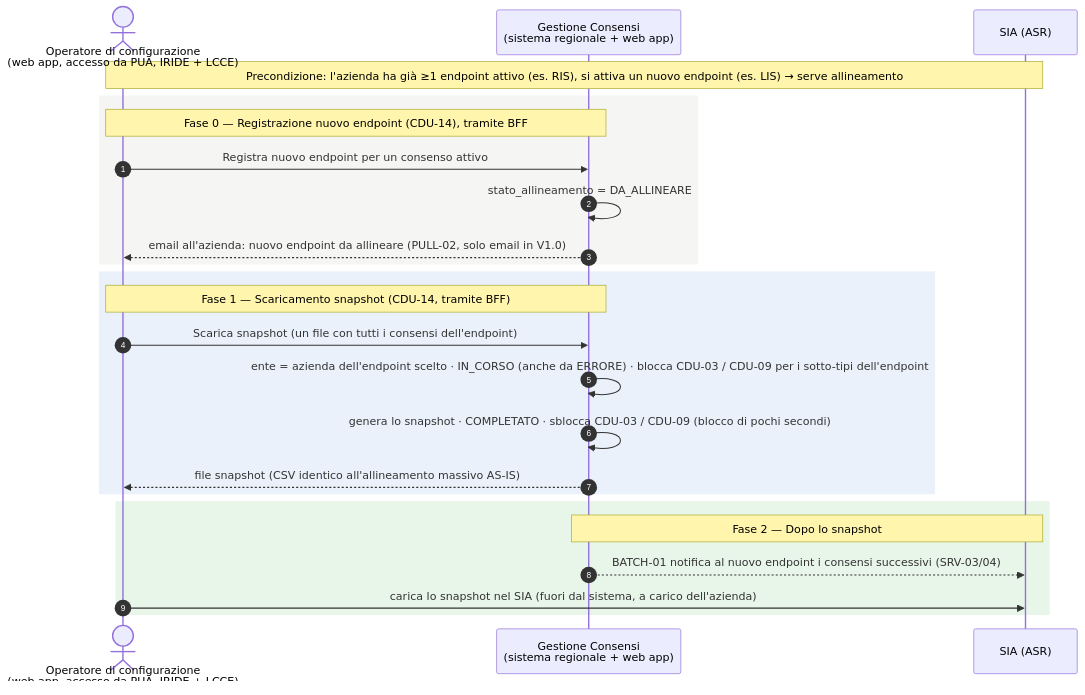
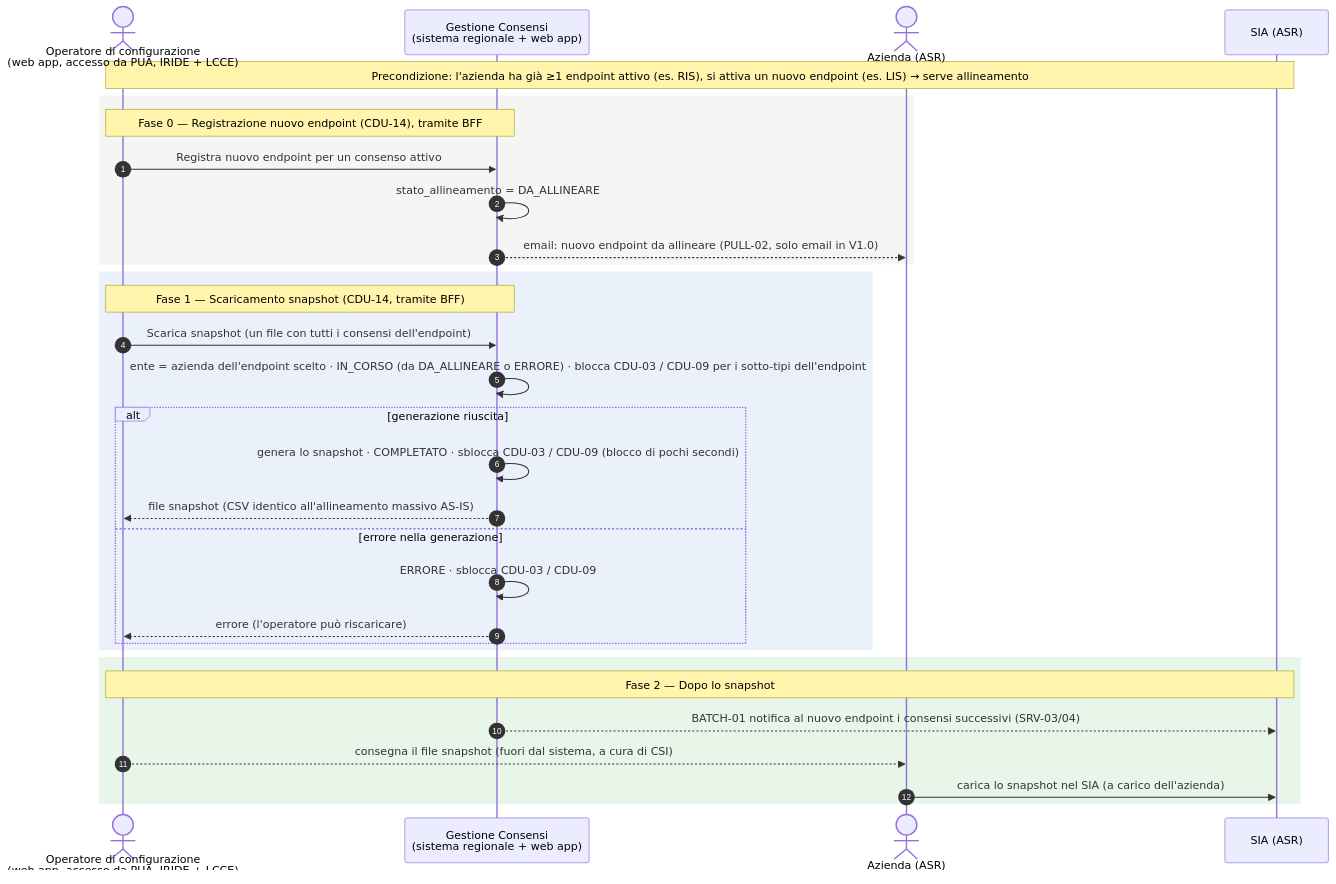
The first of 2 diagrams in src/site/notes/CDU-17_diagramma-sequenza.md (caccu/srs_cons_git_exprivia), drawn with Mermaid before and after one commit. The commit also changed other lines of this file and 4 other files, not shown here.

````diff
--- a/src/site/notes/CDU-17_diagramma-sequenza.md
+++ b/src/site/notes/CDU-17_diagramma-sequenza.md
@@ -24,30 +47,37 @@
 ```mermaid
 sequenceDiagram
     autonumber
     actor OP as Operatore di configurazione<br/>(web app, accesso da PUA, IRIDE + LCCE)
     participant GC as Gestione Consensi<br/>(sistema regionale + web app)
+    actor AZ as Azienda (ASR)
     participant SIA as SIA (ASR)
 
     Note over OP,SIA: Precondizione: l'azienda ha già ≥1 endpoint attivo (es. RIS), si attiva un nuovo endpoint (es. LIS) → serve allineamento
 
     rect rgb(245,245,243)
     Note over OP,GC: Fase 0 — Registrazione nuovo endpoint (CDU-14), tramite BFF
     OP->>GC: Registra nuovo endpoint per un consenso attivo
     GC->>GC: stato_allineamento = DA_ALLINEARE
-    GC-->>OP: email all'azienda: nuovo endpoint da allineare (PULL-02, solo email in V1.0)
+    GC-->>AZ: email: nuovo endpoint da allineare (PULL-02, solo email in V1.0)
     end
 
     rect rgb(234,241,251)
     Note over OP,GC: Fase 1 — Scaricamento snapshot (CDU-14, tramite BFF)
     OP->>GC: Scarica snapshot (un file con tutti i consensi dell'endpoint)
-    GC->>GC: ente = azienda dell'endpoint scelto · IN_CORSO (anche da ERRORE) · blocca CDU-03 / CDU-09 per i sotto-tipi dell'endpoint
-    GC->>GC: genera lo snapshot · COMPLETATO · sblocca CDU-03 / CDU-09 (blocco di pochi secondi)
-    GC-->>OP: file snapshot (CSV identico all'allineamento massivo AS-IS)
+    GC->>GC: ente = azienda dell'endpoint scelto · IN_CORSO (da DA_ALLINEARE o ERRORE) · blocca CDU-03 / CDU-09 per i sotto-tipi dell'endpoint
+    alt generazione riuscita
+        GC->>GC: genera lo snapshot · COMPLETATO · sblocca CDU-03 / CDU-09 (blocco di pochi secondi)
+        GC-->>OP: file snapshot (CSV identico all'allineamento massivo AS-IS)
+    else errore nella generazione
+        GC->>GC: ERRORE · sblocca CDU-03 / CDU-09
+        GC-->>OP: errore (l'operatore può riscaricare)
+    end
     end
 
     rect rgb(232,245,233)
-    Note over GC,SIA: Fase 2 — Dopo lo snapshot
+    Note over OP,SIA: Fase 2 — Dopo lo snapshot
     GC-->>SIA: BATCH-01 notifica al nuovo endpoint i consensi successivi (SRV-03/04)
-    OP->>SIA: carica lo snapshot nel SIA (fuori dal sistema, a carico dell'azienda)
+    OP-->>AZ: consegna il file snapshot (fuori dal sistema, a cura di CSI)
+    AZ->>SIA: carica lo snapshot nel SIA (a carico dell'azienda)
     end
 ```
````
